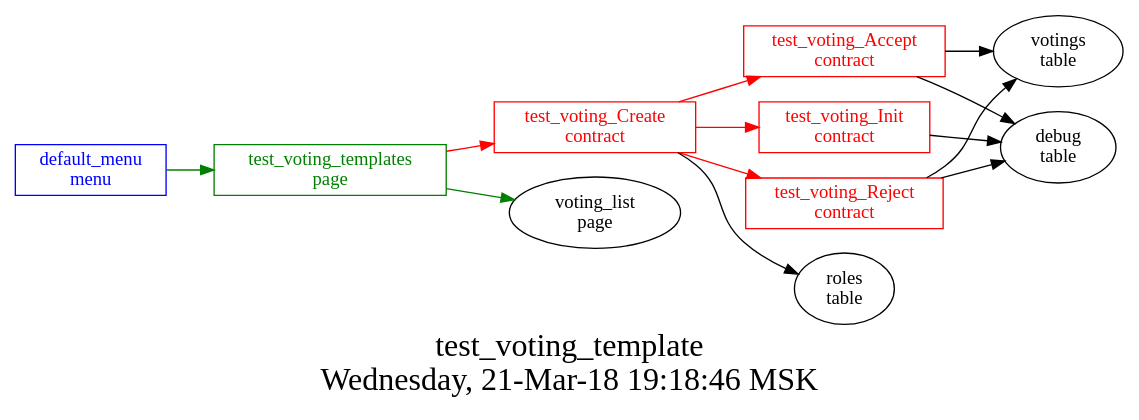
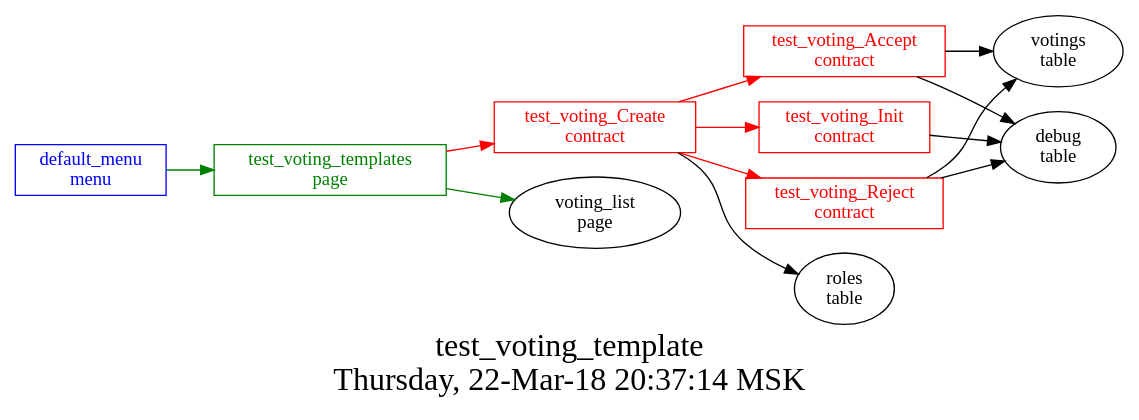
One commit to AplaProject/apps changed the diagram in src/basic/basic_main/test_voting_templates/struct.dot. Above: the diagram before and after it, drawn with Graphviz. The commit also changed 5 other files, not shown here.

```diff
--- a/src/basic/basic_main/test_voting_templates/struct.dot
+++ b/src/basic/basic_main/test_voting_templates/struct.dot
@@ -1,29 +1,29 @@
 digraph G {
 graph [
   fontsize="24";
-  label="test_voting_template\nWednesday, 21-Mar-18 19:18:46 MSK";
+  label="test_voting_template\nThursday, 22-Mar-18 20:37:14 MSK";
   nojustify=true;
   ordering=out;
   rankdir=LR;
   size="30";
 ];
 "default_menu\nmenu" -> "test_voting_templates\npage"  [ color=green ]
 "default_menu\nmenu" [color=blue, fontcolor=blue, group=menus, shape=record];
 "test_voting_templates\npage" -> "test_voting_Create\ncontract"  [ color=red ]
 "test_voting_templates\npage" -> "voting_list\npage"  [ color=green ]
 "test_voting_templates\npage" [color=green, fontcolor=green, group=pages, shape=record];
 "test_voting_Accept\ncontract" -> "votings\ntable"  [ color="" ]
 "test_voting_Accept\ncontract" -> "debug\ntable"  [ color="" ]
 "test_voting_Accept\ncontract" [color=red, fontcolor=red, group=contracts, shape=record];
 "test_voting_Create\ncontract" -> "test_voting_Accept\ncontract"  [ color=red ]
 "test_voting_Create\ncontract" -> "test_voting_Init\ncontract"  [ color=red ]
 "test_voting_Create\ncontract" -> "test_voting_Reject\ncontract"  [ color=red ]
 "test_voting_Create\ncontract" -> "roles\ntable"  [ color="" ]
 "test_voting_Create\ncontract" [color=red, fontcolor=red, group=contracts, shape=record];
 "test_voting_Init\ncontract" -> "debug\ntable"  [ color="" ]
 "test_voting_Init\ncontract" [color=red, fontcolor=red, group=contracts, shape=record];
 "test_voting_Reject\ncontract" -> "votings\ntable"  [ color="" ]
 "test_voting_Reject\ncontract" -> "debug\ntable"  [ color="" ]
 "test_voting_Reject\ncontract" [color=red, fontcolor=red, group=contracts, shape=record];
 "debug\ntable" [color="", fontcolor="", group=tables, shape=""];
 }
```
